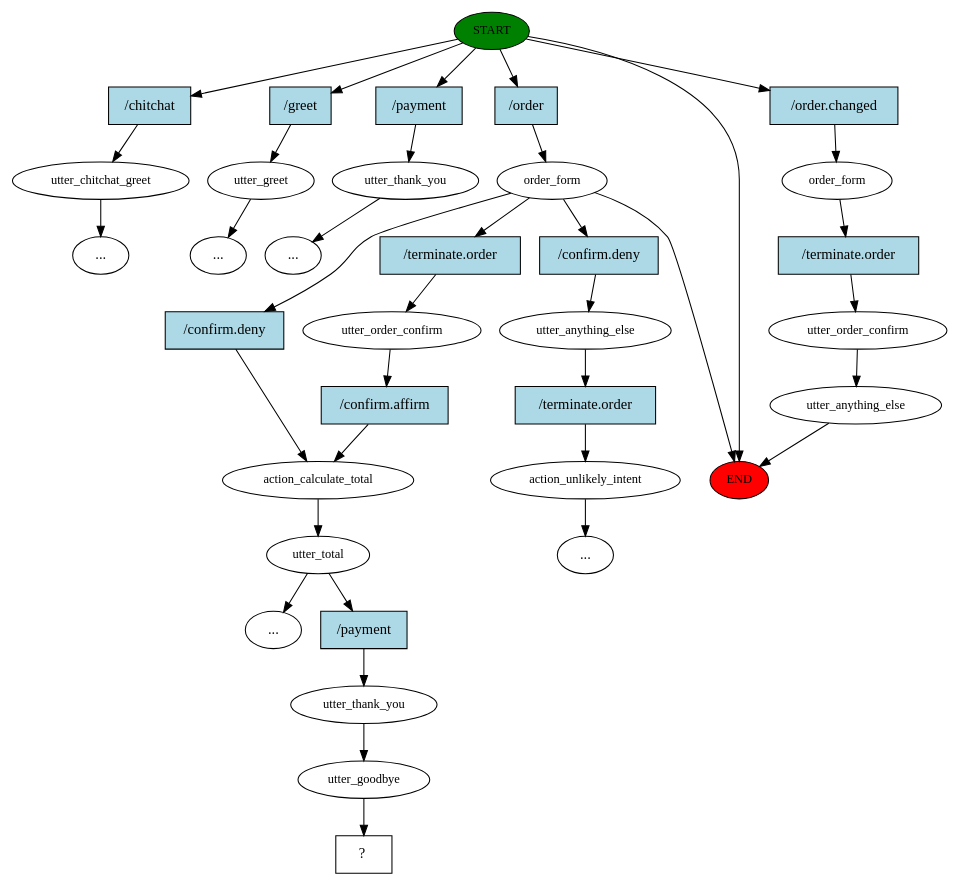
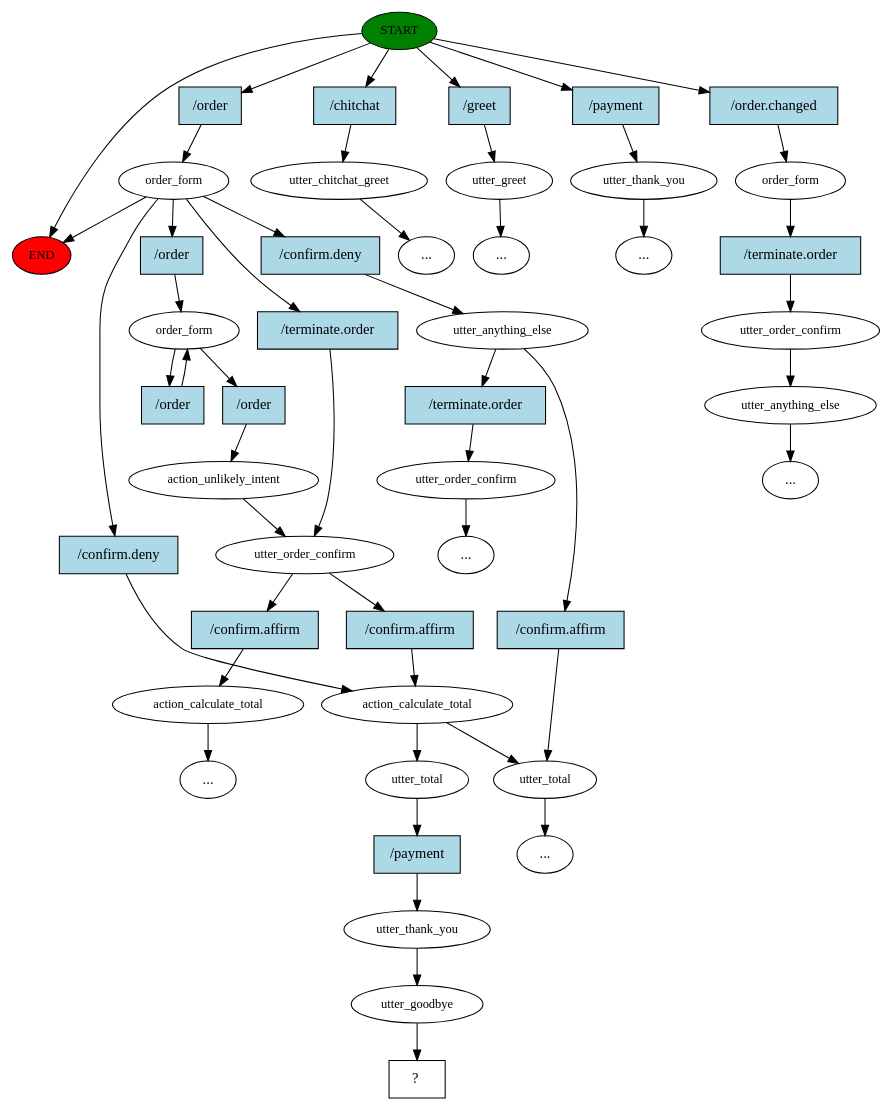
Before and after one commit to nictamhk/restaurant-order-chatbot: the diagram in story_graph.dot, drawn with Graphviz. The commit also changed 167 other files, not shown here.

```diff
--- a/story_graph.dot
+++ b/story_graph.dot
@@ -1,72 +1,96 @@
 digraph  {
 0 [class="start active", fillcolor=green, fontsize=12, label=START, style=filled];
 "-1" [class=end, fillcolor=red, fontsize=12, label=END, style=filled];
 1 [class="", fontsize=12, label=utter_chitchat_greet];
 2 [class="", fontsize=12, label=utter_greet];
 4 [class="", fontsize=12, label=utter_thank_you];
 "-6" [class=ellipsis, label="..."];
 5 [class=active, fontsize=12, label=order_form];
-13 [class="", fontsize=12, label=order_form];
-14 [class="", fontsize=12, label=utter_order_confirm];
-15 [class="", fontsize=12, label=utter_anything_else];
-"-19" [class=ellipsis, label="..."];
-"-20" [class=ellipsis, label="..."];
-24 [class=active, fontsize=12, label=action_calculate_total];
-25 [class=active, fontsize=12, label=utter_total];
-"-21" [class=ellipsis, label="..."];
+8 [class="", fontsize=12, label=utter_anything_else];
+9 [class="", fontsize=12, label=utter_total];
+11 [class=active, fontsize=12, label=action_calculate_total];
+"-9" [class=ellipsis, label="..."];
+15 [class="", fontsize=12, label=utter_order_confirm];
+"-10" [class=ellipsis, label="..."];
+17 [class=active, fontsize=12, label=utter_order_confirm];
+18 [class="", fontsize=12, label=action_calculate_total];
+"-11" [class=ellipsis, label="..."];
+25 [class="", fontsize=12, label=order_form];
+26 [class="", fontsize=12, label=utter_order_confirm];
 27 [class="", fontsize=12, label=utter_anything_else];
-28 [class="", fontsize=12, label=action_unlikely_intent];
-"-22" [class=ellipsis, label="..."];
-30 [class=active, fontsize=12, label=utter_order_confirm];
-33 [class=active, fontsize=12, label=utter_thank_you];
-34 [class=active, fontsize=12, label=utter_goodbye];
-35 [class="intent dashed active", label="  ?  ", shape=rect];
-36 [class=intent, fillcolor=lightblue, label="/chitchat", shape=rect, style=filled];
-37 [class=intent, fillcolor=lightblue, label="/greet", shape=rect, style=filled];
-38 [class=intent, fillcolor=lightblue, label="/payment", shape=rect, style=filled];
-39 [class="intent active", fillcolor=lightblue, label="/order", shape=rect, style=filled];
-40 [class=intent, fillcolor=lightblue, label="/order.changed", shape=rect, style=filled];
-41 [class=intent, fillcolor=lightblue, label="/confirm.deny", shape=rect, style=filled];
-42 [class=intent, fillcolor=lightblue, label="/confirm.deny", shape=rect, style=filled];
-43 [class="intent active", fillcolor=lightblue, label="/terminate.order", shape=rect, style=filled];
-44 [class=intent, fillcolor=lightblue, label="/terminate.order", shape=rect, style=filled];
-45 [class="intent active", fillcolor=lightblue, label="/payment", shape=rect, style=filled];
-46 [class=intent, fillcolor=lightblue, label="/terminate.order", shape=rect, style=filled];
-47 [class="intent active", fillcolor=lightblue, label="/confirm.affirm", shape=rect, style=filled];
+"-18" [class=ellipsis, label="..."];
+"-24" [class=ellipsis, label="..."];
+"-25" [class=ellipsis, label="..."];
+36 [class=active, fontsize=12, label=order_form];
+39 [class=active, fontsize=12, label=action_unlikely_intent];
+42 [class=active, fontsize=12, label=utter_total];
+43 [class=active, fontsize=12, label=utter_thank_you];
+44 [class=active, fontsize=12, label=utter_goodbye];
+45 [class="intent dashed active", label="  ?  ", shape=rect];
+46 [class=intent, fillcolor=lightblue, label="/chitchat", shape=rect, style=filled];
+47 [class=intent, fillcolor=lightblue, label="/greet", shape=rect, style=filled];
+48 [class=intent, fillcolor=lightblue, label="/payment", shape=rect, style=filled];
+49 [class="intent active", fillcolor=lightblue, label="/order", shape=rect, style=filled];
+50 [class=intent, fillcolor=lightblue, label="/order.changed", shape=rect, style=filled];
+51 [class=intent, fillcolor=lightblue, label="/confirm.deny", shape=rect, style=filled];
+52 [class=intent, fillcolor=lightblue, label="/confirm.deny", shape=rect, style=filled];
+53 [class=intent, fillcolor=lightblue, label="/terminate.order", shape=rect, style=filled];
+54 [class="intent active", fillcolor=lightblue, label="/order", shape=rect, style=filled];
+55 [class=intent, fillcolor=lightblue, label="/confirm.affirm", shape=rect, style=filled];
+56 [class=intent, fillcolor=lightblue, label="/terminate.order", shape=rect, style=filled];
+57 [class=intent, fillcolor=lightblue, label="/confirm.affirm", shape=rect, style=filled];
+58 [class="intent active", fillcolor=lightblue, label="/confirm.affirm", shape=rect, style=filled];
+59 [class=intent, fillcolor=lightblue, label="/terminate.order", shape=rect, style=filled];
+60 [class="intent active", fillcolor=lightblue, label="/order", shape=rect, style=filled];
+61 [class="intent active", fillcolor=lightblue, label="/order", shape=rect, style=filled];
+62 [class="intent active", fillcolor=lightblue, label="/payment", shape=rect, style=filled];
 0 -> "-1"  [class="", key=NONE, label=""];
-0 -> 36  [class="", key=0];
-0 -> 37  [class="", key=0];
-0 -> 38  [class="", key=0];
-0 -> 39  [class=active, key=0];
-0 -> 40  [class="", key=0];
-1 -> "-20"  [class="", key=NONE, label=""];
-2 -> "-19"  [class="", key=NONE, label=""];
+0 -> 46  [class="", key=0];
+0 -> 47  [class="", key=0];
+0 -> 48  [class="", key=0];
+0 -> 49  [class=active, key=0];
+0 -> 50  [class="", key=0];
+1 -> "-25"  [class="", key=NONE, label=""];
+2 -> "-24"  [class="", key=NONE, label=""];
 4 -> "-6"  [class="", key=NONE, label=""];
 5 -> "-1"  [class="", key=NONE, label=""];
-5 -> 41  [class="", key=0];
-5 -> 42  [class="", key=0];
-5 -> 43  [class=active, key=0];
-13 -> 44  [class="", key=0];
-14 -> 15  [class="", key=NONE, label=""];
-15 -> "-1"  [class="", key=NONE, label=""];
-24 -> 25  [class=active, key=NONE, label=""];
-25 -> "-21"  [class="", key=NONE, label=""];
-25 -> 45  [class=active, key=0];
-27 -> 46  [class="", key=0];
-28 -> "-22"  [class="", key=NONE, label=""];
-30 -> 47  [class=active, key=0];
-33 -> 34  [class=active, key=NONE, label=""];
-34 -> 35  [class=active, key=NONE, label=""];
-36 -> 1  [class="", key=0];
-37 -> 2  [class="", key=0];
-38 -> 4  [class="", key=0];
-39 -> 5  [class=active, key=0];
-40 -> 13  [class="", key=0];
-41 -> 24  [class="", key=0];
-42 -> 27  [class="", key=0];
-43 -> 30  [class=active, key=0];
-44 -> 14  [class="", key=0];
-45 -> 33  [class=active, key=0];
-46 -> 28  [class="", key=0];
-47 -> 24  [class=active, key=0];
+5 -> 51  [class="", key=0];
+5 -> 52  [class="", key=0];
+5 -> 53  [class="", key=0];
+5 -> 54  [class=active, key=0];
+8 -> 55  [class="", key=0];
+8 -> 56  [class="", key=0];
+9 -> "-9"  [class="", key=NONE, label=""];
+11 -> 9  [class="", key=NONE, label=""];
+11 -> 42  [class=active, key=NONE, label=""];
+15 -> "-10"  [class="", key=NONE, label=""];
+17 -> 57  [class="", key=0];
+17 -> 58  [class=active, key=0];
+18 -> "-11"  [class="", key=NONE, label=""];
+25 -> 59  [class="", key=0];
+26 -> 27  [class="", key=NONE, label=""];
+27 -> "-18"  [class="", key=NONE, label=""];
+36 -> 60  [class=active, key=0];
+36 -> 61  [class=active, key=0];
+39 -> 17  [class=active, key=NONE, label=""];
+42 -> 62  [class=active, key=0];
+43 -> 44  [class=active, key=NONE, label=""];
+44 -> 45  [class=active, key=NONE, label=""];
+46 -> 1  [class="", key=0];
+47 -> 2  [class="", key=0];
+48 -> 4  [class="", key=0];
+49 -> 5  [class=active, key=0];
+50 -> 25  [class="", key=0];
+51 -> 8  [class="", key=0];
+52 -> 11  [class="", key=0];
+53 -> 17  [class="", key=0];
+54 -> 36  [class=active, key=0];
+55 -> 9  [class="", key=0];
+56 -> 15  [class="", key=0];
+57 -> 18  [class="", key=0];
+58 -> 11  [class=active, key=0];
+59 -> 26  [class="", key=0];
+60 -> 36  [class=active, key=0];
+61 -> 39  [class=active, key=0];
+62 -> 43  [class=active, key=0];
 }
```
